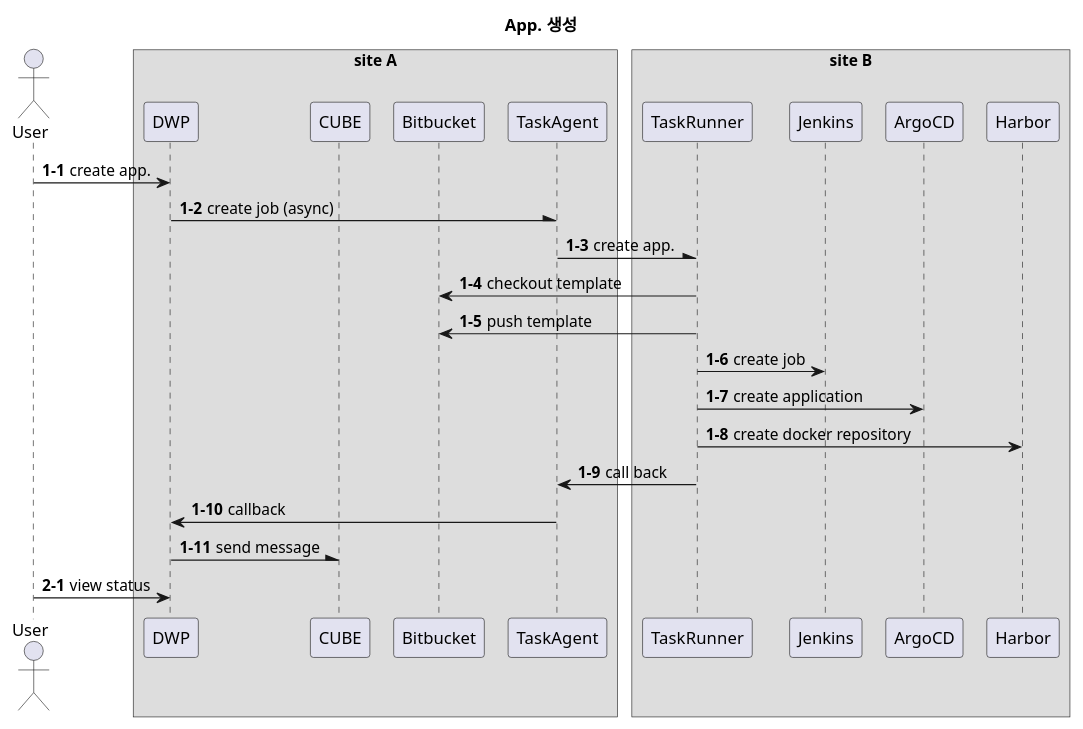
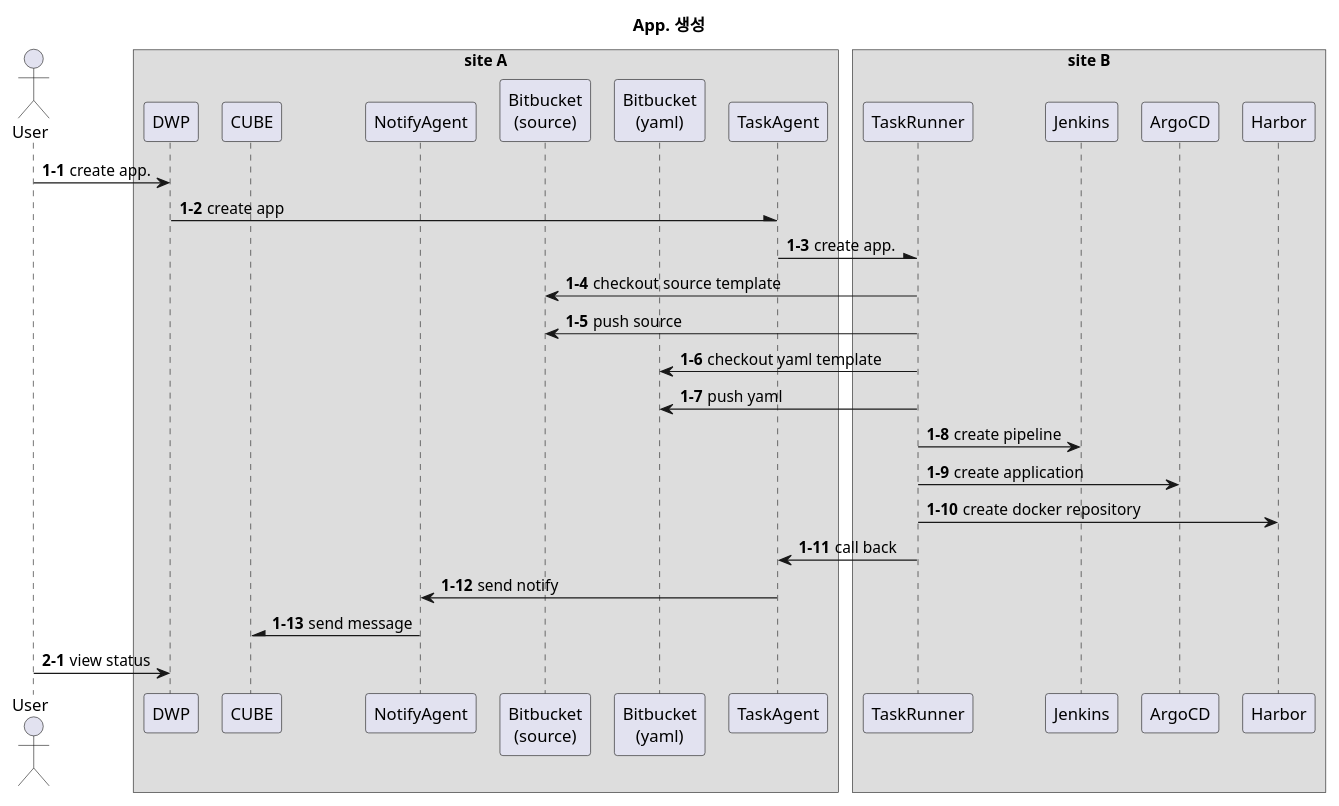
Before and after one commit to kloudbank/htdp1.github.io: the fifth of 8 diagrams in docs/src/multi-cloud/diagram.md, drawn with PlantUML. The commit also changed other lines of this file, not shown here.

```diff
--- a/docs/src/multi-cloud/diagram.md
+++ b/docs/src/multi-cloud/diagram.md
@@ -135,38 +146,42 @@
 @startuml
 
 scale 1
 skinparam ParticipantPadding 5
 skinparam BoxPadding 5
 title "App. 생성"
 
 actor User
 box "site A"
 participant DWP
 participant CUBE
-participant Bitbucket
+participant NotifyAgent
+participant "Bitbucket\n(source)" as source
+participant "Bitbucket\n(yaml)" as yaml
 participant TaskAgent
 end box
 box "site B"
 participant TaskRunner
 participant Jenkins
 participant ArgoCD
 participant Harbor
 end box
 
 autonumber 1-1
 User -> DWP : create app.
-DWP -\ TaskAgent : create job (async)
+DWP -\ TaskAgent : create app
 TaskAgent -\ TaskRunner : create app.
-TaskRunner -> Bitbucket : checkout template
-TaskRunner -> Bitbucket : push template
-TaskRunner -> Jenkins : create job
+TaskRunner -> source : checkout source template
+TaskRunner -> source : push source
+TaskRunner -> yaml : checkout yaml template
+TaskRunner -> yaml : push yaml
+TaskRunner -> Jenkins : create pipeline
 TaskRunner -> ArgoCD : create application
 TaskRunner -> Harbor : create docker repository
 TaskRunner -> TaskAgent : call back
-TaskAgent -> DWP : callback
-DWP -\ CUBE : send message
+TaskAgent -> NotifyAgent : send notify
+NotifyAgent -\ CUBE : send message
 
 autonumber 2-1
 User -> DWP : view status
 
 @enduml
```
